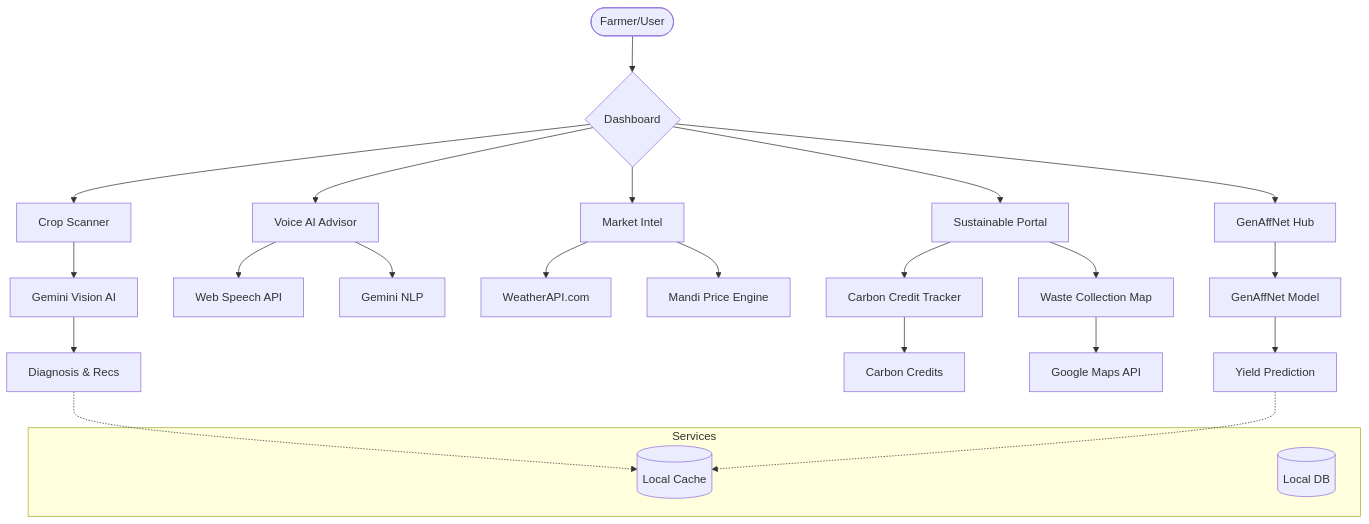
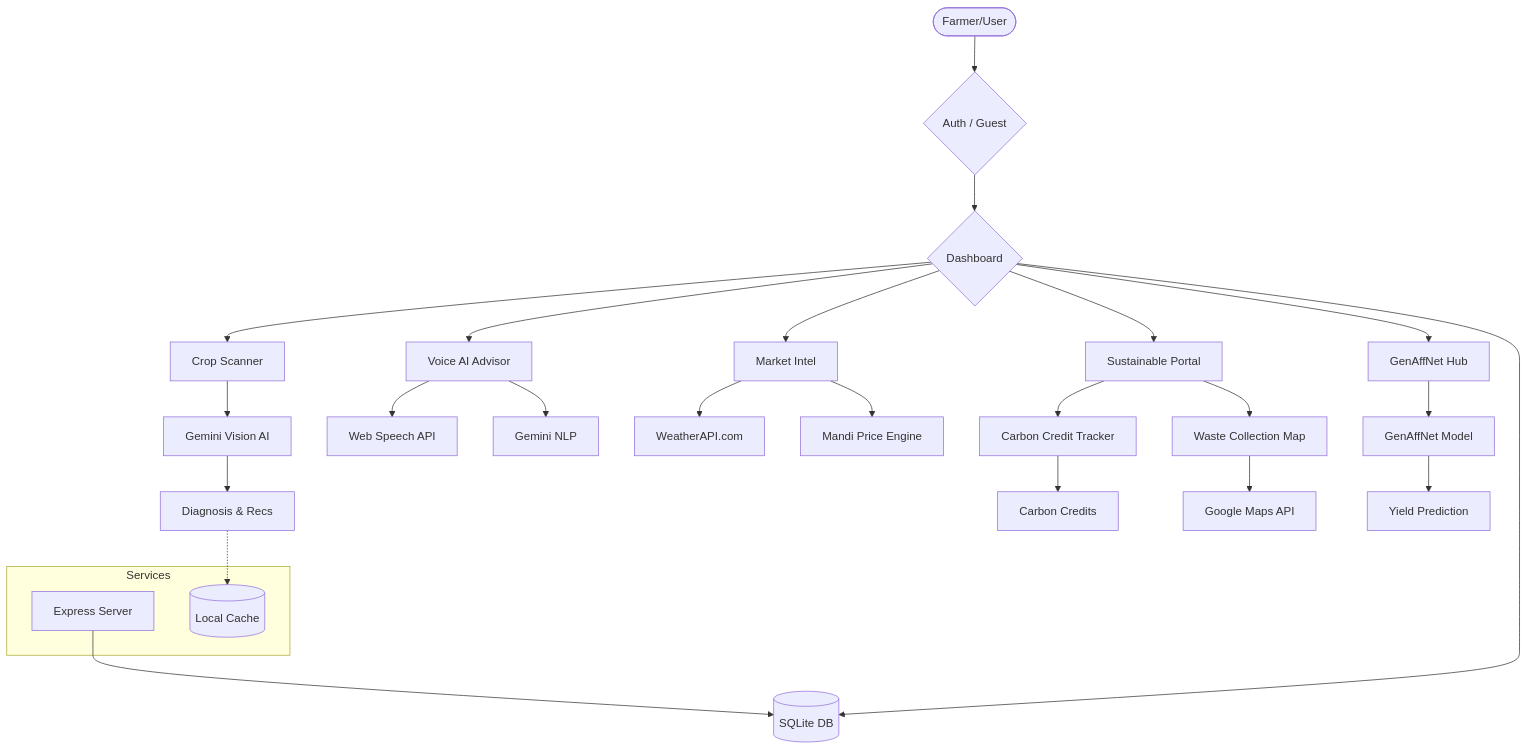
One commit to TanayKapoor21/AGRISAGE changed the diagram in README.md. Above: the diagram before and after it, drawn with Mermaid. The commit also changed other lines of this file, not shown here.

Commit message:
Updated README with Full-Stack architecture and Database setup instructions

````diff
--- a/README.md
+++ b/README.md
@@ -11,34 +11,37 @@
 ```mermaid
 graph TD
-    User([Farmer/User]) --> Dashboard{Dashboard}
+    User([Farmer/User]) --> Auth{Auth / Guest}
+    Auth --> Dashboard{Dashboard}
     
     Dashboard --> Scanner[Crop Scanner]
     Dashboard --> Advisor[Voice AI Advisor]
     Dashboard --> Market[Market Intel]
     Dashboard --> Sustainable[Sustainable Portal]
     Dashboard --> ML[GenAffNet Hub]
+    
+    Dashboard --> SQLite[(SQLite DB)]
     
     Scanner --> GeminiV[Gemini Vision AI]
     Advisor --> WebSpeech[Web Speech API]
     Advisor --> GeminiC[Gemini NLP]
     Market --> WeatherAPI[WeatherAPI.com]
     Market --> MandiAPI[Mandi Price Engine]
     
     Sustainable --> CarbonTrack[Carbon Credit Tracker]
     Sustainable --> WasteMap[Waste Collection Map]
     WasteMap --> GoogleMaps[Google Maps API]
     
     ML --> DeepLearning[GenAffNet Model]
     
     GeminiV --> Results[Diagnosis & Recs]
     DeepLearning --> Yield[Yield Prediction]
     CarbonTrack --> Credits[Carbon Credits]
     
     subgraph Services
+        ExpressBackend[Express Server]
         CacheService[(Local Cache)]
-        DBService[(Local DB)]
     end
     
+    ExpressBackend --> SQLite
     Results -.-> CacheService
-    Yield -.-> CacheService
 ```
````
